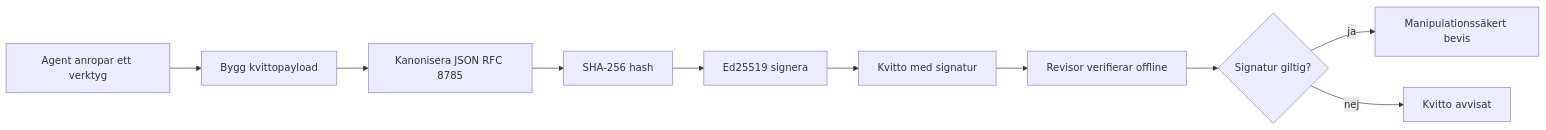
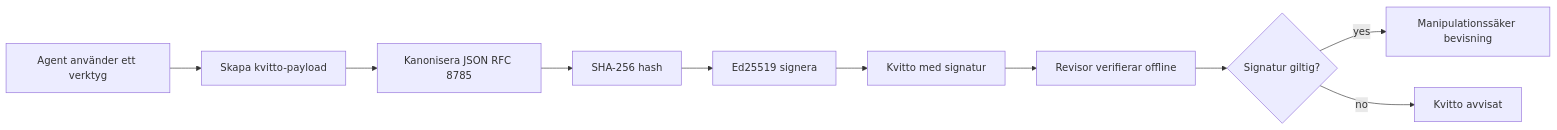
The first of 2 diagrams in translations/sv/18-securing-ai-agents/README.md (microsoft/ai-agents-for-beginners), drawn with Mermaid before and after one commit. The commit also changed other lines of this file and 227 other files, not shown here.

````diff
--- a/translations/sv/18-securing-ai-agents/README.md
+++ b/translations/sv/18-securing-ai-agents/README.md
@@ -51,12 +51,12 @@
 ```mermaid
 flowchart LR
-    A[Agent anropar ett verktyg] --> B[Bygg kvittopayload]
+    A[Agent använder ett verktyg] --> B[Skapa kvitto-payload]
     B --> C[Kanonisera JSON RFC 8785]
     C --> D[SHA-256 hash]
     D --> E[Ed25519 signera]
     E --> F[Kvitto med signatur]
     F --> G[Revisor verifierar offline]
     G --> H{Signatur giltig?}
-    H -- ja --> I[Manipulationssäkert bevis]
-    H -- nej --> J[Kvitto avvisat]
+    H -- yes --> I[Manipulationssäker bevisning]
+    H -- no --> J[Kvitto avvisat]
 ```
````
